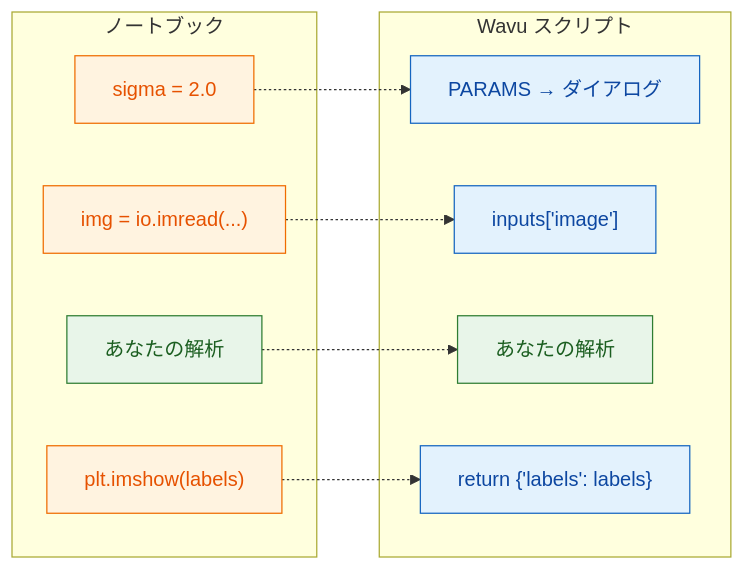
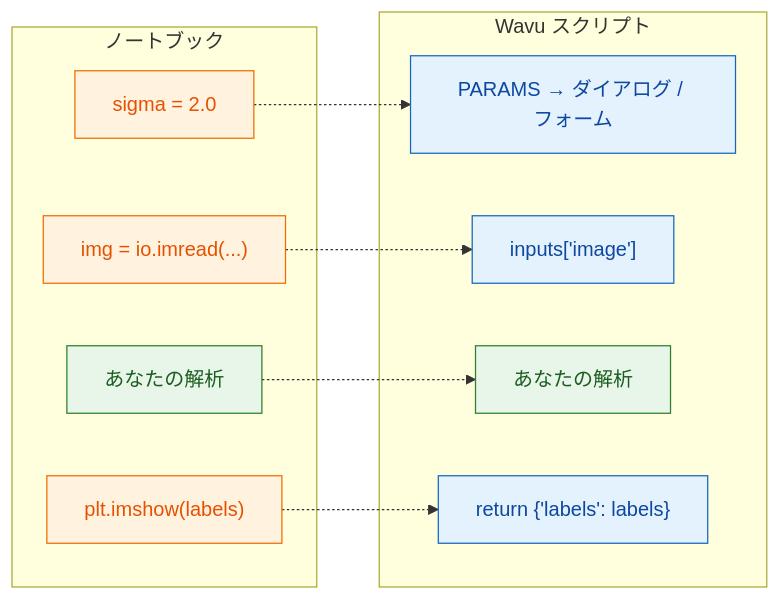
The diagram in guide/write/from-notebook.ja.md (Oxford-Zeiss-Centre-of-Excellence/Wavu), drawn with Mermaid before and after one commit. The commit also changed other lines of this file and 70 other files, not shown here.

````diff
--- a/guide/write/from-notebook.ja.md
+++ b/guide/write/from-notebook.ja.md
@@ -11,23 +12,23 @@
 ```mermaid
 flowchart LR
     subgraph NB["ノートブック"]
         A1["sigma = 2.0"]:::script
         A2["img = io.imread(...)"]:::script
         A3["あなたの解析"]:::worker
         A4["plt.imshow(labels)"]:::script
     end
     subgraph WV["Wavu スクリプト"]
-        B1["PARAMS → ダイアログ"]:::fiji
+        B1["PARAMS → ダイアログ / フォーム"]:::fiji
         B2["inputs['image']"]:::fiji
         B3["あなたの解析"]:::worker
         B4["return {'labels': labels}"]:::fiji
     end
     A1 -.-> B1
     A2 -.-> B2
     A3 -.-> B3
     A4 -.-> B4
 
     classDef fiji   fill:#e3f2fd,stroke:#1565c0,color:#0d47a1
     classDef worker fill:#e8f5e9,stroke:#2e7d32,color:#1b5e20
     classDef script fill:#fff3e0,stroke:#ef6c00,color:#e65100
 ```
````
